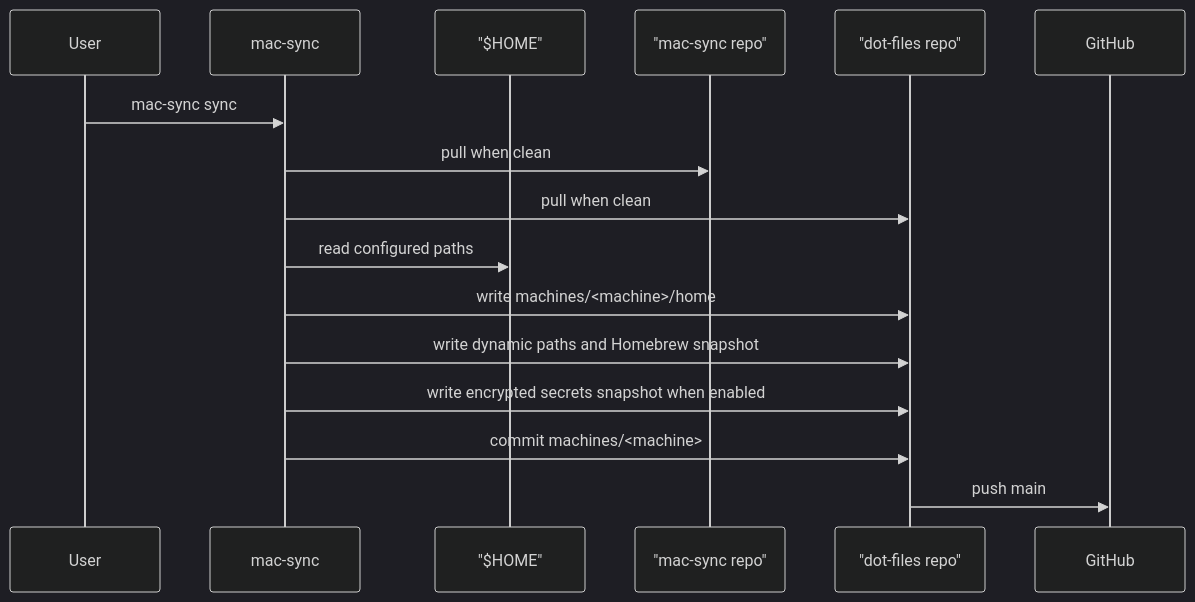
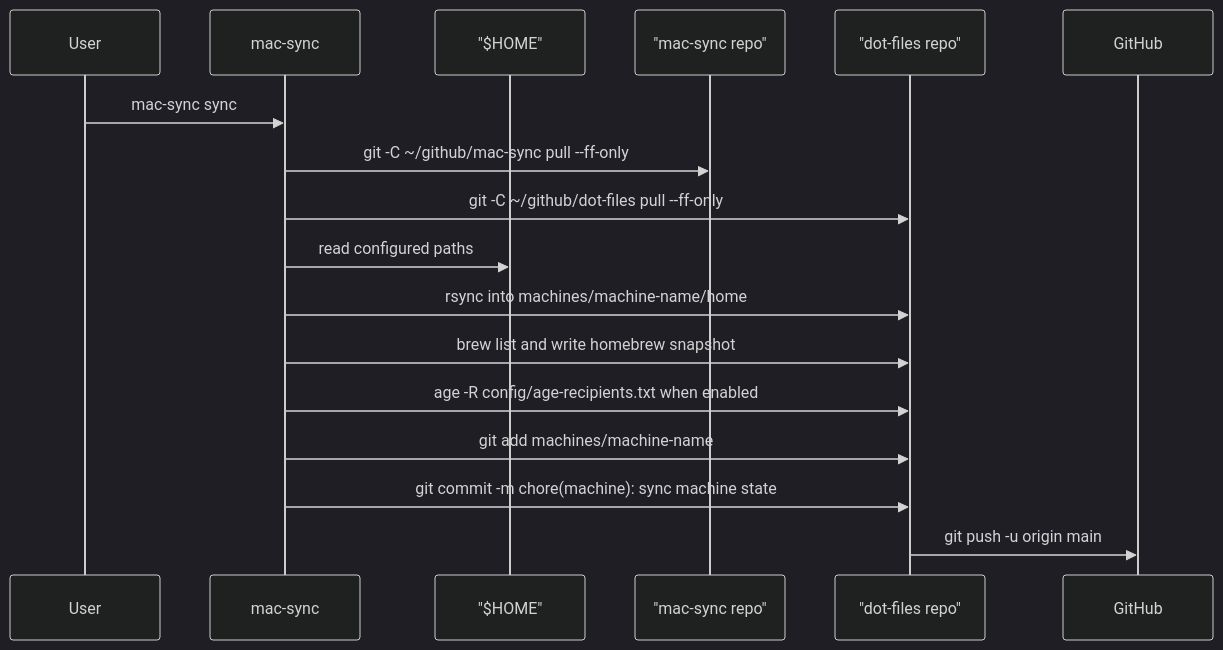
Before and after one commit to stephenlclarke/mac-sync: the second of 4 diagrams in WORKFLOW.md, drawn with Mermaid (dark theme). The commit also changed other lines of this file, not shown here.

Commit message:
docs: add commands to workflow diagrams

````diff
--- a/WORKFLOW.md
+++ b/WORKFLOW.md
@@ -123,19 +129,20 @@
 ```mermaid
 sequenceDiagram
   participant User
   participant CLI as mac-sync
   participant Home as "$HOME"
   participant Code as "mac-sync repo"
   participant Snap as "dot-files repo"
   participant GitHub
 
   User->>CLI: mac-sync sync
-  CLI->>Code: pull when clean
-  CLI->>Snap: pull when clean
+  CLI->>Code: git -C ~/github/mac-sync pull --ff-only
+  CLI->>Snap: git -C ~/github/dot-files pull --ff-only
   CLI->>Home: read configured paths
-  CLI->>Snap: write machines/<machine>/home
-  CLI->>Snap: write dynamic paths and Homebrew snapshot
-  CLI->>Snap: write encrypted secrets snapshot when enabled
-  CLI->>Snap: commit machines/<machine>
-  Snap->>GitHub: push main
+  CLI->>Snap: rsync into machines/machine-name/home
+  CLI->>Snap: brew list and write homebrew snapshot
+  CLI->>Snap: age -R config/age-recipients.txt when enabled
+  CLI->>Snap: git add machines/machine-name
+  CLI->>Snap: git commit -m chore(machine): sync machine state
+  Snap->>GitHub: git push -u origin main
 ```
````
